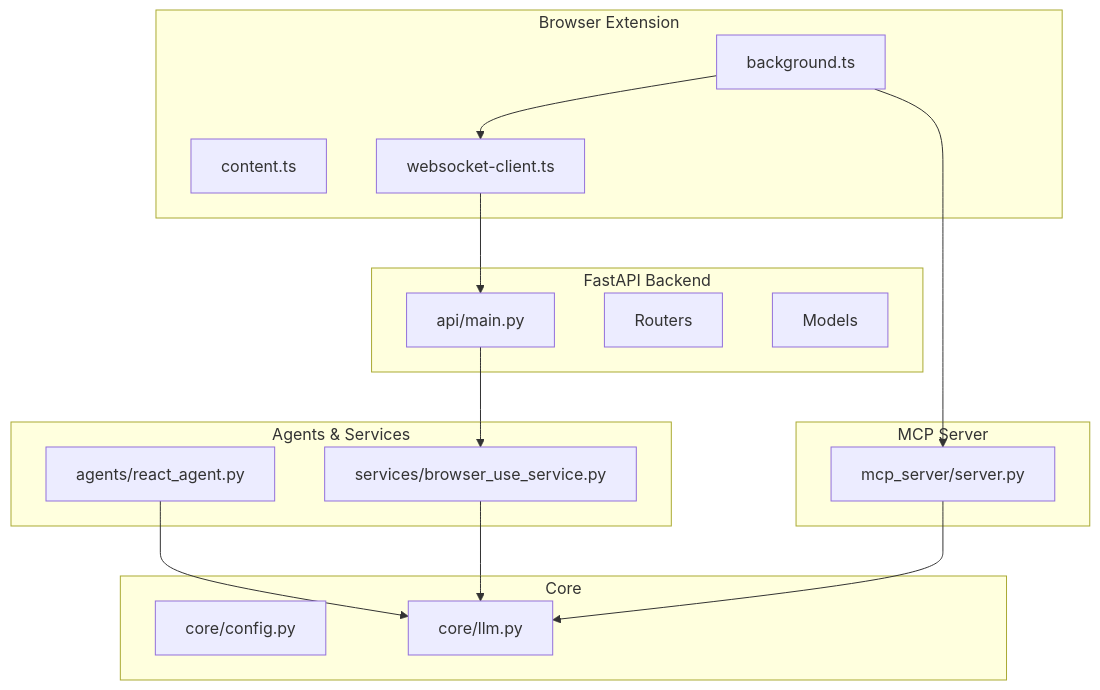
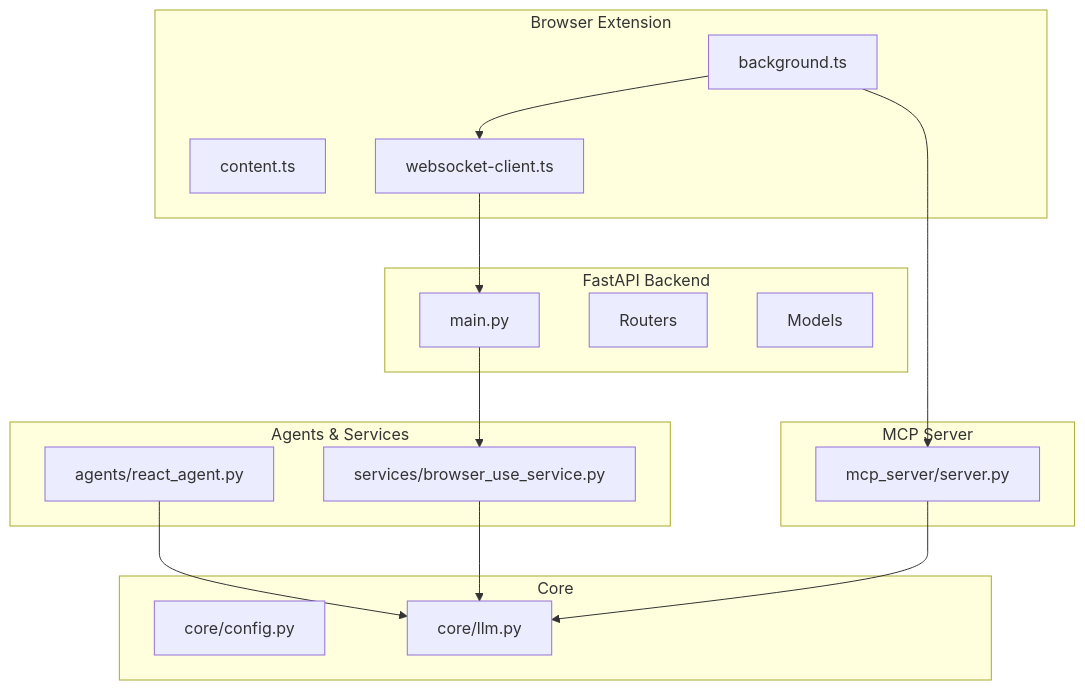
One commit to tashifkhan/tashif.codes changed the first of 10 diagrams in src/data/docs/agentic-browser/System Architecture/Overall System Design.md. Above: the diagram before and after it, drawn with Mermaid. The commit also changed other lines of this file and 2128 other files, not shown here.

First line of the commit message:
docs: replace raster diagram images with native Mermaid across project guides

````diff
--- a/src/data/docs/agentic-browser/System Architecture/Overall System Design.md
+++ b/src/data/docs/agentic-browser/System Architecture/Overall System Design.md
@@ -17,31 +17,31 @@
 ```mermaid
 graph TB
 subgraph "Browser Extension"
 BG["background.ts"]
 CT["content.ts"]
 WS["websocket-client.ts"]
 end
 subgraph "FastAPI Backend"
-API["api/main.py"]
+API["main.py"]
 ROUTERS["Routers"]
 MODELS["Models"]
 end
 subgraph "MCP Server"
 MCP["mcp_server/server.py"]
 end
 subgraph "Core"
 CFG["core/config.py"]
 LLM["core/llm.py"]
 end
 subgraph "Agents & Services"
 REACT["agents/react_agent.py"]
 SVC["services/browser_use_service.py"]
 end
 BG --> WS
 WS --> API
 BG --> MCP
 API --> SVC
 SVC --> LLM
 MCP --> LLM
 REACT --> LLM
 ```
````
